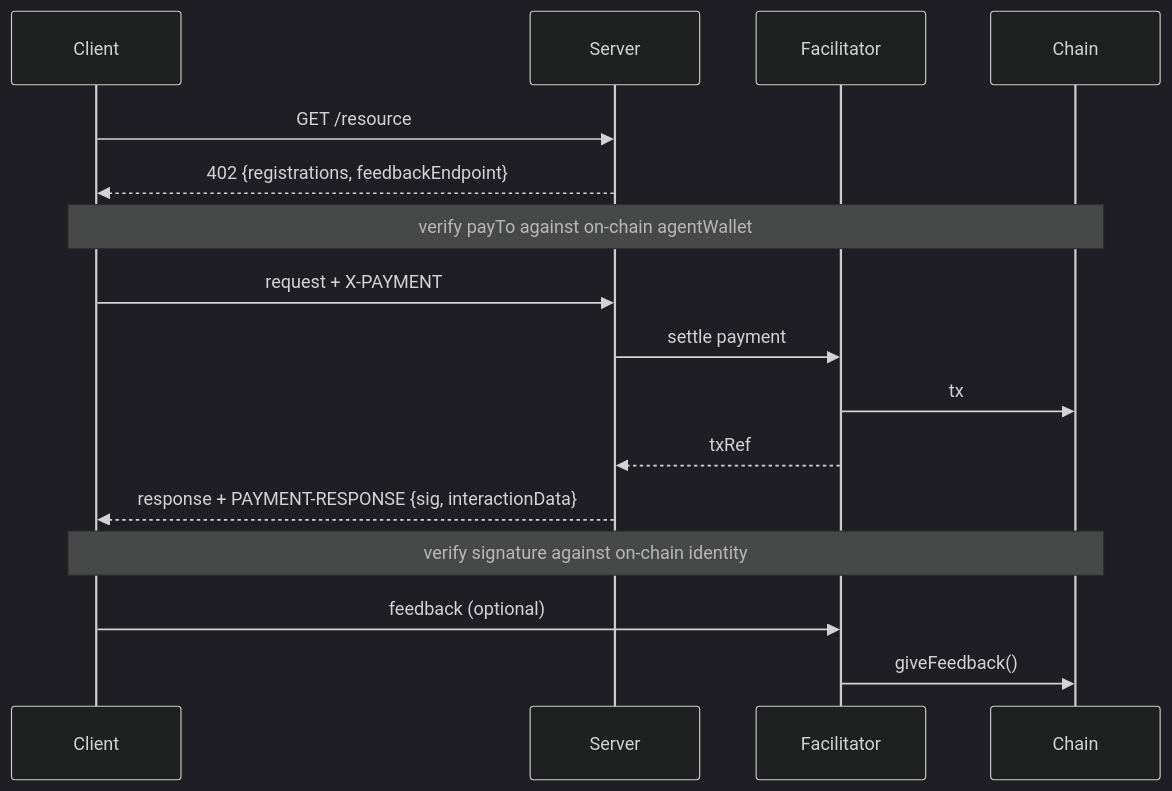
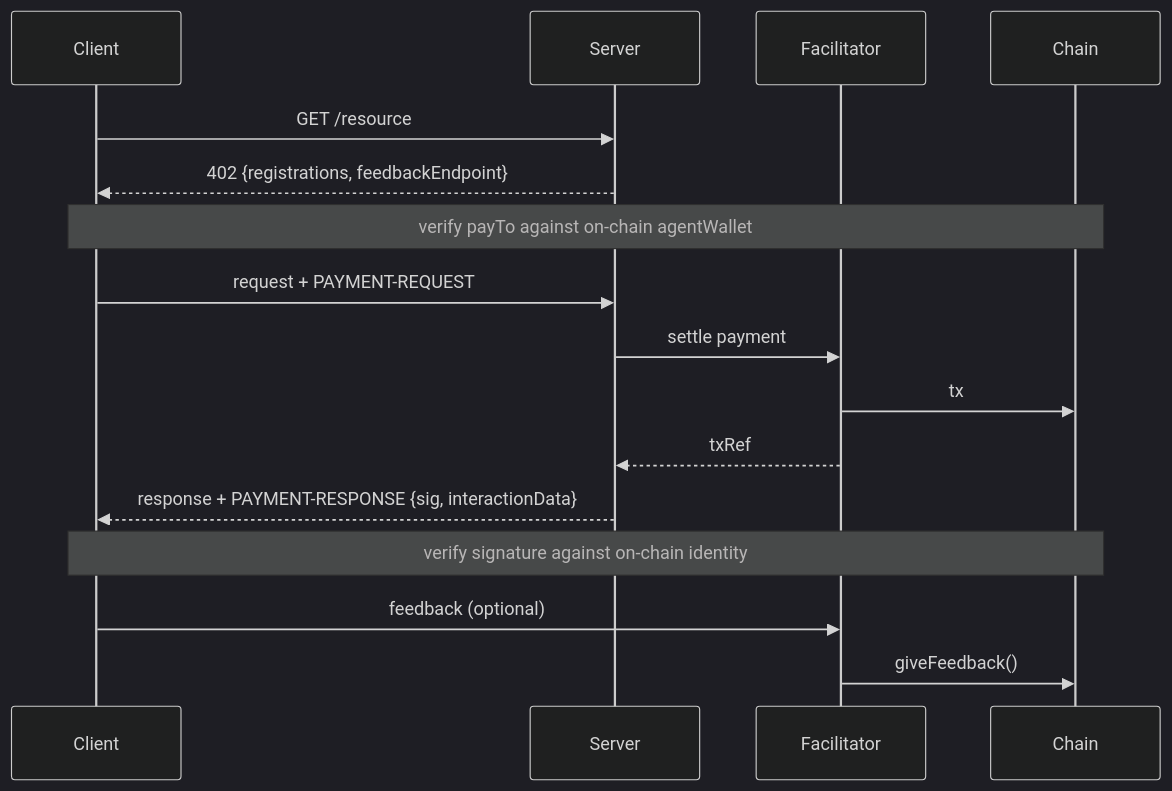
Before and after one commit to coinbase/x402: the diagram in specs/extensions/8004-reputation.md, drawn with Mermaid (dark theme).

Commit message:
fix: diagram header naming

````diff
--- a/specs/extensions/8004-reputation.md
+++ b/specs/extensions/8004-reputation.md
@@ -19,23 +19,23 @@
 ```mermaid
 sequenceDiagram
     participant C as Client
     participant S as Server
     participant F as Facilitator
     participant Ch as Chain
 
     C->>S: GET /resource
     S-->>C: 402 {registrations, feedbackEndpoint}
 
     Note over C,Ch: verify payTo against on-chain agentWallet
 
-    C->>S: request + X-PAYMENT
+    C->>S: request + PAYMENT-REQUEST
     S->>F: settle payment
     F->>Ch: tx
     F-->>S: txRef
     S-->>C: response + PAYMENT-RESPONSE {sig, interactionData}
 
     Note over C,Ch: verify signature against on-chain identity
 
     C->>F: feedback (optional)
     F->>Ch: giveFeedback()
 ```
````
